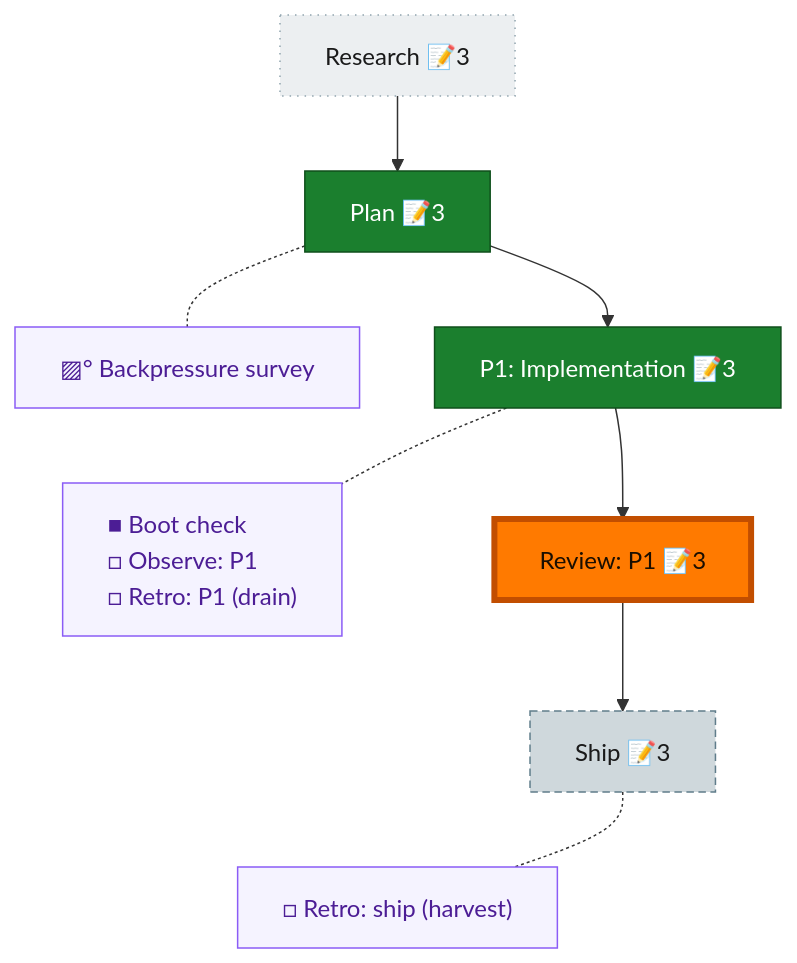
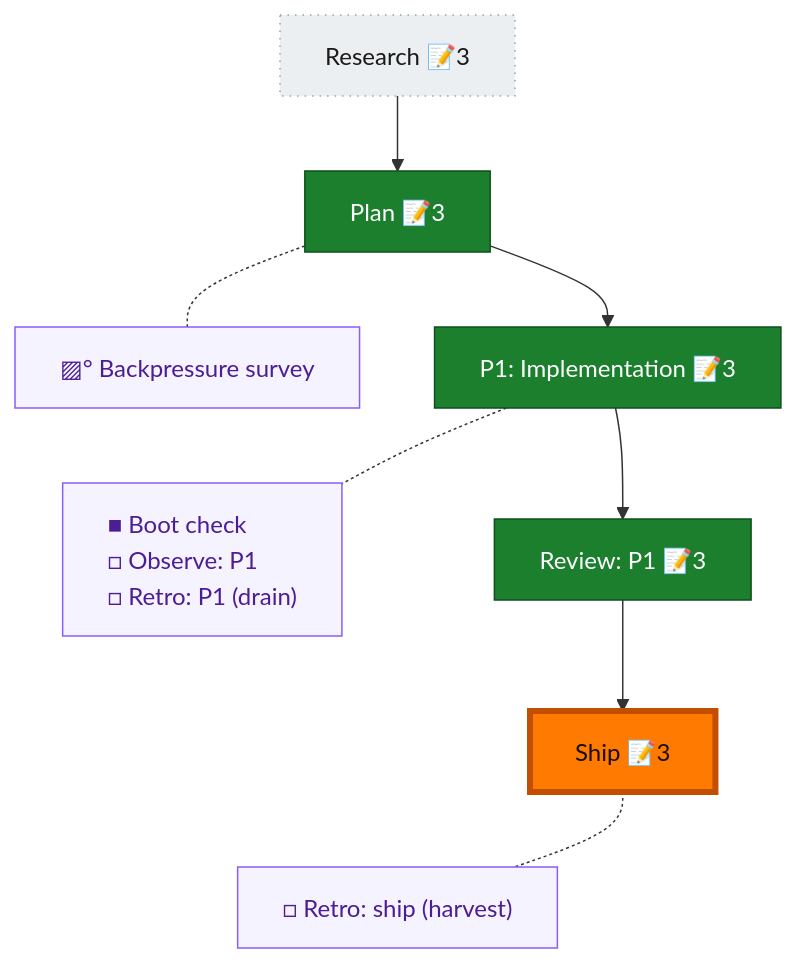
The diagram in docs/plans/054-telemetry-flush-desync/the-flow.md (AI-Substrate/harness-engineering), drawn with Mermaid before and after one commit. The commit also changed other lines of this file and 1 other file, not shown here.

Commit message:
docs(054): close flow — ship done, CI green on PR #58

````diff
--- a/docs/plans/054-telemetry-flush-desync/the-flow.md
+++ b/docs/plans/054-telemetry-flush-desync/the-flow.md
@@ -8,29 +8,28 @@
 ```mermaid
 flowchart TD
     research["Research 📝3"]:::unknown
     plan["Plan 📝3"]:::done
     phase_1["P1: Implementation 📝3"]:::done
     review_1["Review: P1 📝3"]:::done
-    ship["Ship 📝3"]:::assumed
+    ship["Ship 📝3"]:::done
 
     research --> plan --> phase_1 --> review_1 --> ship
 
     planC["▨° Backpressure survey"]:::chore
     phase_1C["■ Boot check<br/>□ Observe: P1<br/>□ Retro: P1 (drain)"]:::chore
     shipC["□ Retro: ship (harvest)"]:::chore
 
     %% invisible chain holds the gutter boxes in their own column
     planC ~~~ phase_1C ~~~ shipC
 
     %% dotted links pull each gutter box beside its node
     plan -.- planC
     phase_1 -.- phase_1C
     ship -.- shipC
 
     classDef done fill:#1B7F2E,stroke:#0F4F1B,color:#fff;
-    classDef assumed fill:#CFD8DC,stroke:#607D8B,color:#1a1a1a,stroke-dasharray:5 3;
     classDef unknown fill:#ECEFF1,stroke:#90A4AE,color:#1a1a1a,stroke-dasharray:1 4;
     classDef chore fill:#f5f3ff,stroke:#8b5cf6,color:#4c1d95,text-align:left;
     classDef current fill:#FF7A00,stroke:#C24E00,color:#1a0e00,stroke-width:4px;
-    class review_1 current;
+    class ship current;
 ```
````
